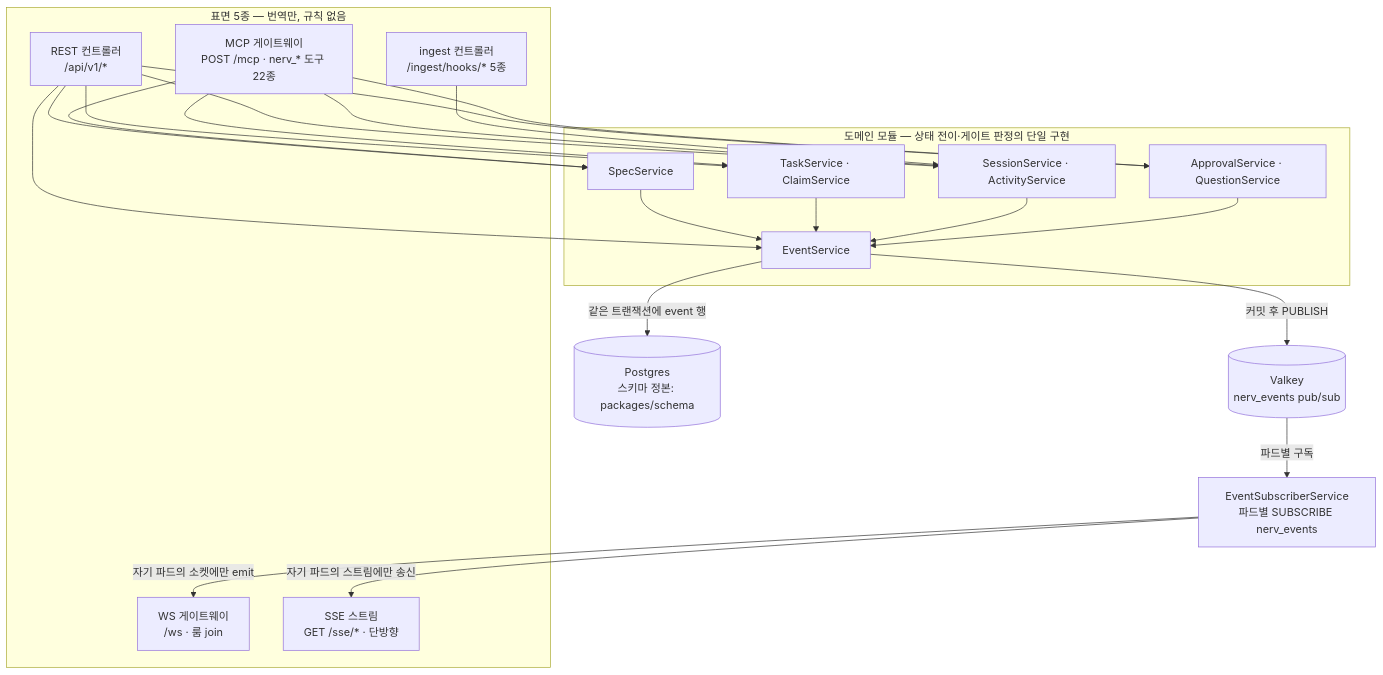
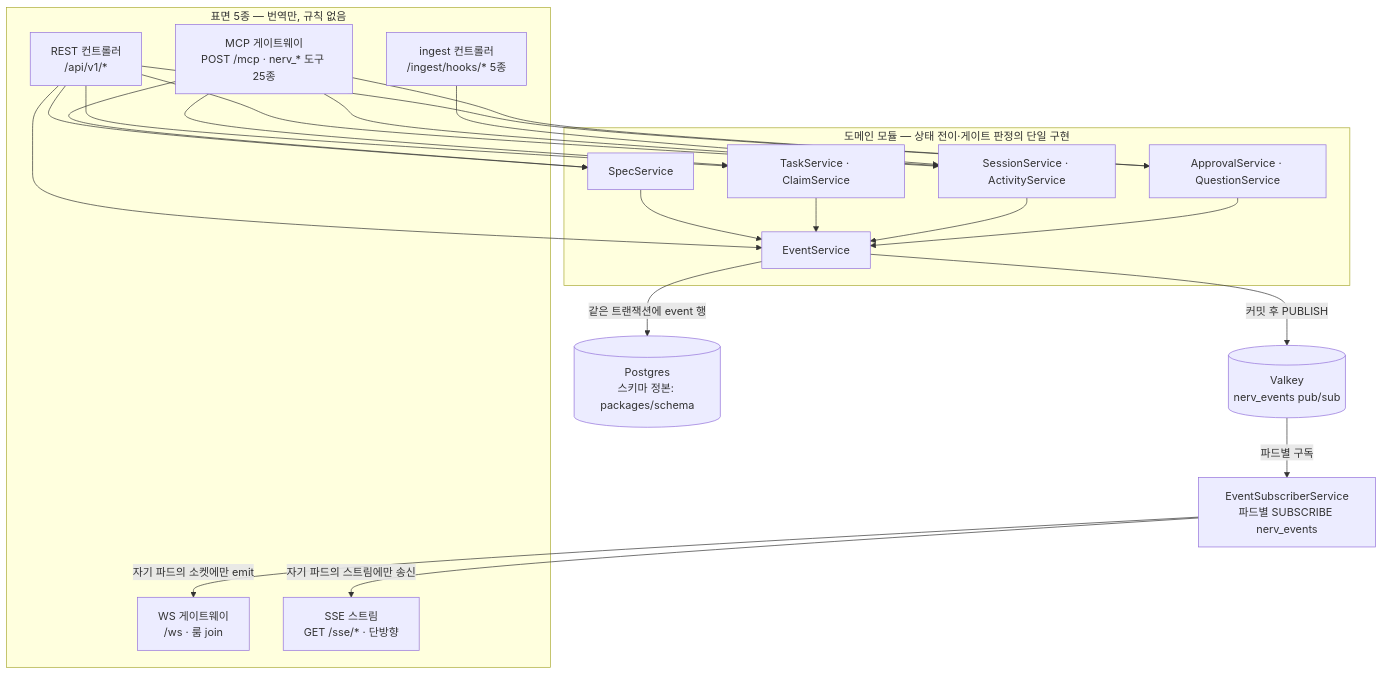
One commit to worker-ants/nerv changed the diagram in docs/04-mvp/codebase.md. Above: the diagram before and after it, drawn with Mermaid. The commit also changed other lines of this file and 47 other files, not shown here.

First line of the commit message:
fix(api,web,schema,plugin,docs): 옛 시안을 목록에서 내리고 지난 버전의 그림은 지킨다 (REQ-API-231 · REQ-WEB-265) (#182)

````diff
--- a/docs/04-mvp/codebase.md
+++ b/docs/04-mvp/codebase.md
@@ -355,40 +357,40 @@
 ```mermaid
 flowchart TB
   subgraph SURF["표면 5종 — 번역만, 규칙 없음"]
     REST["REST 컨트롤러<br/>/api/v1/*"]
-    MCP["MCP 게이트웨이<br/>POST /mcp · nerv_* 도구 22종"]
+    MCP["MCP 게이트웨이<br/>POST /mcp · nerv_* 도구 25종"]
     WS["WS 게이트웨이<br/>/ws · 룸 join"]
     SSE["SSE 스트림<br/>GET /sse/* · 단방향"]
     ING["ingest 컨트롤러<br/>/ingest/hooks/* 5종"]
   end
   subgraph DOM["도메인 모듈 — 상태 전이·게이트 판정의 단일 구현"]
     SS["SpecService"]
     TS["TaskService · ClaimService"]
     SES["SessionService · ActivityService"]
     AP["ApprovalService · QuestionService"]
     EV["EventService"]
   end
   PG[("Postgres<br/>스키마 정본: packages/schema")]
   VK[("Valkey<br/>nerv_events pub/sub")]
   SUB["EventSubscriberService<br/>파드별 SUBSCRIBE nerv_events"]
 
   REST --> SS
   REST --> TS
   REST --> SES
   REST --> AP
   REST --> EV
   MCP --> SS
   MCP --> TS
   MCP --> SES
   MCP --> AP
   ING --> SES
   SS --> EV
   TS --> EV
   SES --> EV
   AP --> EV
   EV -->|"같은 트랜잭션에 event 행"| PG
   EV -->|"커밋 후 PUBLISH"| VK
   VK -->|"파드별 구독"| SUB
   SUB -->|"자기 파드의 소켓에만 emit"| WS
   SUB -->|"자기 파드의 스트림에만 송신"| SSE
 ```
````
